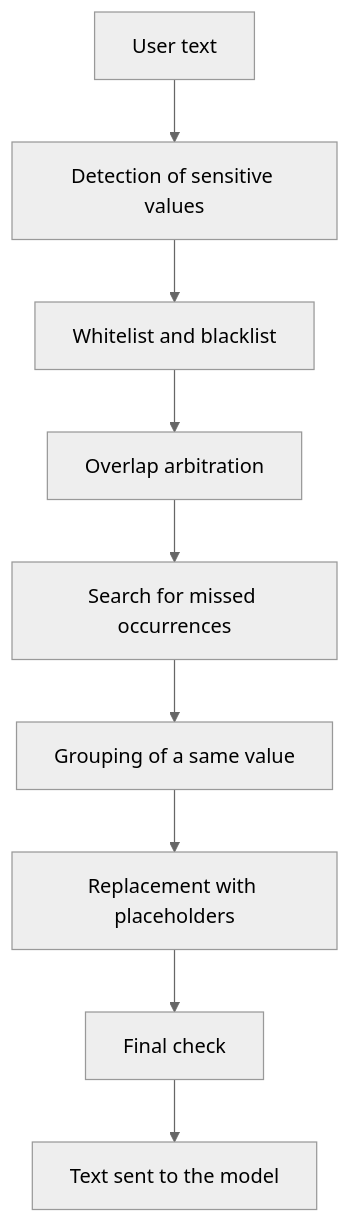
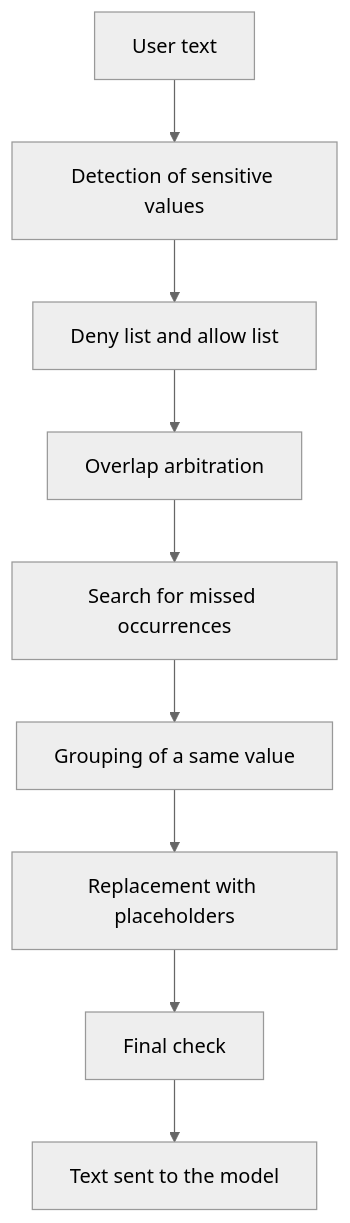
Before and after one commit to Athroniaeth/piighost: the diagram in openwiki/en/processes/protect-a-message.md, drawn with Mermaid (neutral theme). The commit also changed other lines of this file and 24 other files, not shown here.

First line of the commit message:
docs(domain): the deny list and the allow list replace the whitelist and the blacklist

````diff
--- a/openwiki/en/processes/protect-a-message.md
+++ b/openwiki/en/processes/protect-a-message.md
@@ -64,11 +64,11 @@
 ```mermaid
 flowchart TD
     A["User text"] --> B["Detection of sensitive values"]
-    B --> C["Whitelist and blacklist"]
+    B --> C["Deny list and allow list"]
     C --> D["Overlap arbitration"]
     D --> E["Search for missed occurrences"]
     E --> F["Grouping of a same value"]
     F --> G["Replacement with placeholders"]
     G --> H["Final check"]
     H --> I["Text sent to the model"]
 ```
````
